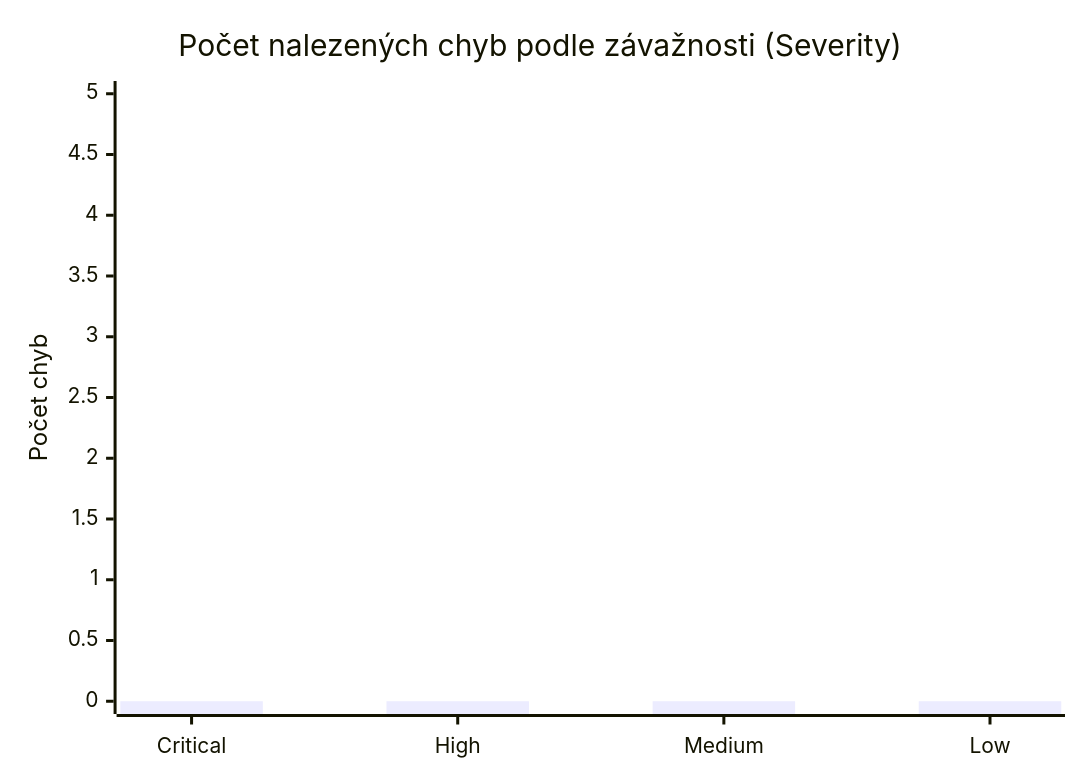
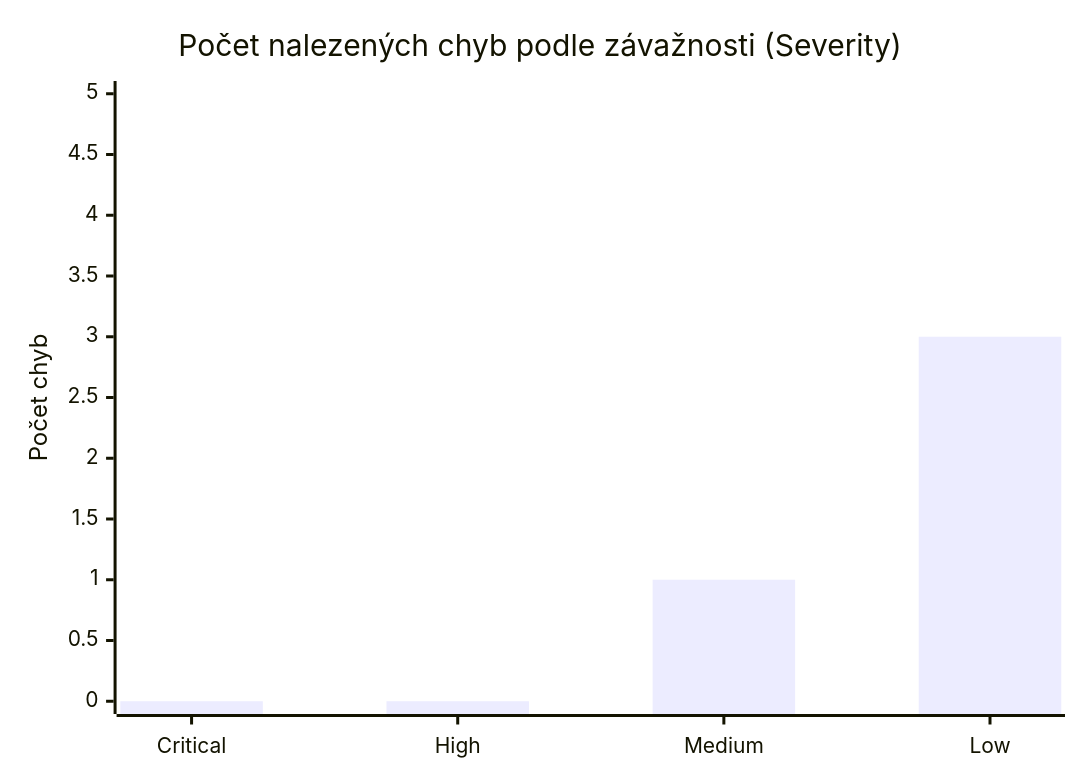
One commit to tomas-kansky/populon-automated-testing changed the second of 2 diagrams in docs/05-test-report.md. Above: the diagram before and after it, drawn with Mermaid. The commit also changed other lines of this file and 2 other files, not shown here.

````diff
--- a/docs/05-test-report.md
+++ b/docs/05-test-report.md
@@ -104,7 +105,7 @@
 ```mermaid
 xychart-beta
     title "Počet nalezených chyb podle závažnosti (Severity)"
     x-axis ["Critical", "High", "Medium", "Low"]
     y-axis "Počet chyb" 0 --> 5
-    bar [0, 0, 0, 0]
+    bar [0, 0, 1, 3]
 ```
````
